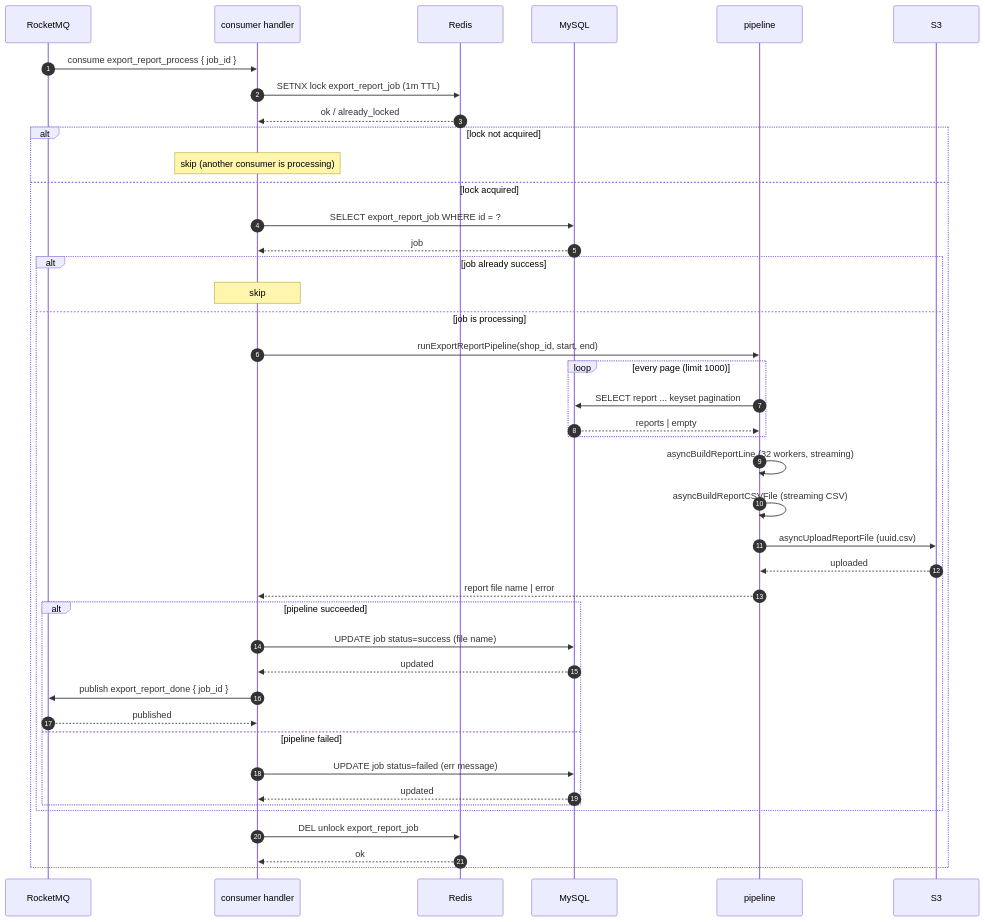
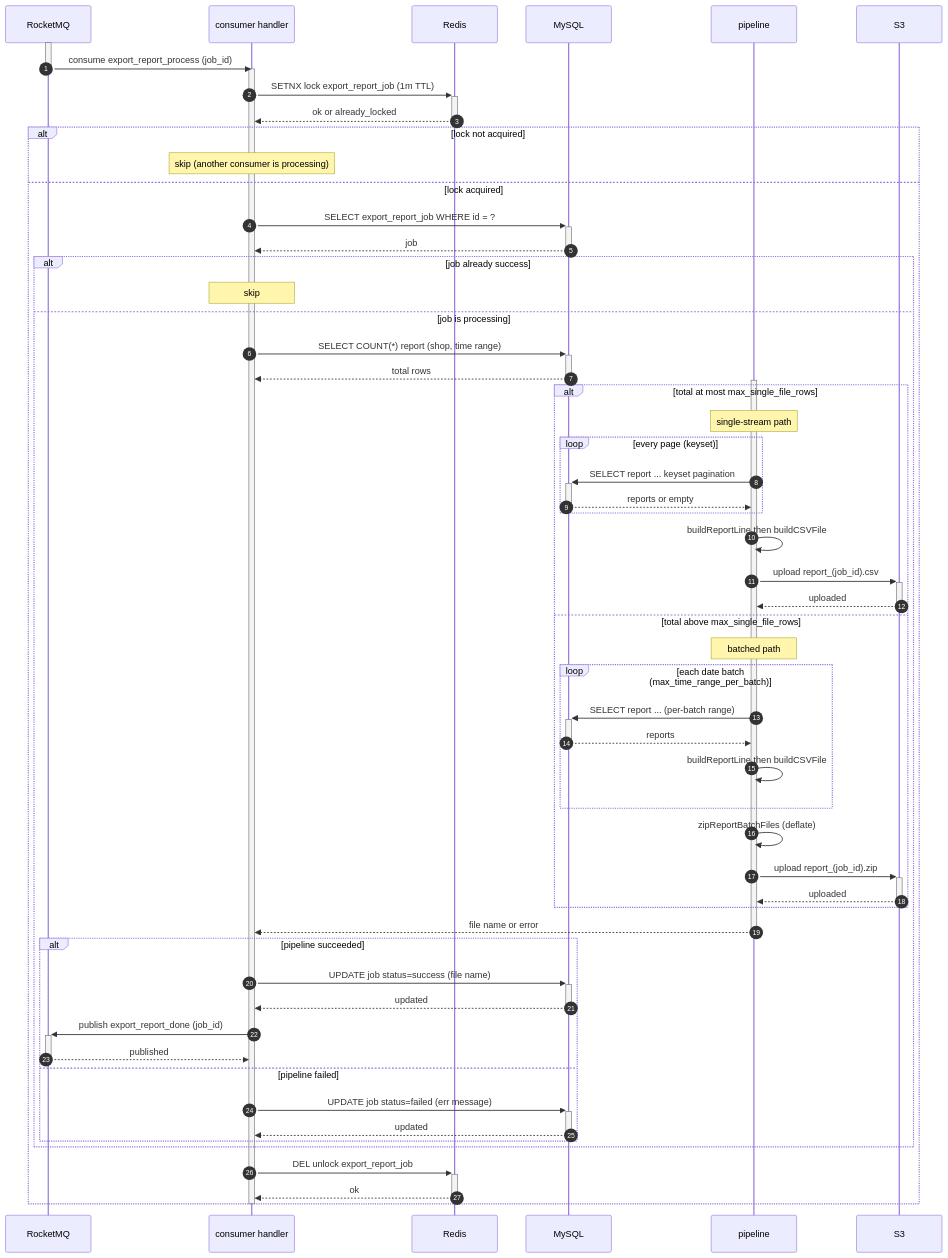
One commit to fikrimohammad/efficient-report-exporter changed the fourth of 10 diagrams in README.md. Above: the diagram before and after it, drawn with Mermaid. The commit also changed other lines of this file, not shown here.

First line of the commit message:
docs: rewrite README with architecture and pipeline design

````diff
--- a/README.md
+++ b/README.md
@@ -182,45 +288,63 @@
 ```mermaid
 sequenceDiagram
     autonumber
     participant M as RocketMQ
     participant E as consumer handler
     participant R as Redis
     participant D as MySQL
     participant P as pipeline
     participant S as S3
 
-    M->>E: consume export_report_process { job_id }
-    E->>R: SETNX lock export_report_job (1m TTL)
-    R-->>E: ok / already_locked
+    activate M
+    M->>E: consume export_report_process (job_id)
+    deactivate M
+    activate E
+    E->>+R: SETNX lock export_report_job (1m TTL)
+    R-->>-E: ok or already_locked
     alt lock not acquired
         Note over E: skip (another consumer is processing)
     else lock acquired
-        E->>D: SELECT export_report_job WHERE id = ?
-        D-->>E: job
+        E->>+D: SELECT export_report_job WHERE id = ?
+        D-->>-E: job
         alt job already success
             Note over E: skip
         else job is processing
-            E->>P: runExportReportPipeline(shop_id, start, end)
-            loop every page (limit 1000)
-                P->>D: SELECT report ... keyset pagination
-                D-->>P: reports | empty
+            E->>+D: SELECT COUNT(*) report (shop, time range)
+            D-->>-E: total rows
+            activate P
+            alt total at most max_single_file_rows
+                Note over P: single-stream path
+                loop every page (keyset)
+                    P->>+D: SELECT report ... keyset pagination
+                    D-->>-P: reports or empty
+                end
+                P->>P: buildReportLine then buildCSVFile
+                P->>+S: upload report_(job_id).csv
+                S-->>-P: uploaded
+            else total above max_single_file_rows
+                Note over P: batched path
+                loop each date batch (max_time_range_per_batch)
+                    P->>+D: SELECT report ... (per-batch range)
+                    D-->>-P: reports
+                    P->>P: buildReportLine then buildCSVFile
+                end
+                P->>P: zipReportBatchFiles (deflate)
+                P->>+S: upload report_(job_id).zip
+                S-->>-P: uploaded
             end
-            P->>P: asyncBuildReportLine (32 workers, streaming)
-            P->>P: asyncBuildReportCSVFile (streaming CSV)
-            P->>S: asyncUploadReportFile (uuid.csv)
-            S-->>P: uploaded
-            P-->>E: report file name | error
+            P-->>-E: file name or error
             alt pipeline succeeded
-                E->>D: UPDATE job status=success (file name)
-                D-->>E: updated
-                E->>M: publish export_report_done { job_id }
-                M-->>E: published
+                E->>+D: UPDATE job status=success (file name)
+                D-->>-E: updated
+                E->>+M: publish export_report_done (job_id)
+                M-->>-E: published
             else pipeline failed
-                E->>D: UPDATE job status=failed (err message)
-                D-->>E: updated
+                E->>+D: UPDATE job status=failed (err message)
+                D-->>-E: updated
             end
         end
-        E->>R: DEL unlock export_report_job
-        R-->>E: ok
+        E->>+R: DEL unlock export_report_job
+        R-->>-E: ok
     end
+    deactivate E
 ```
````
